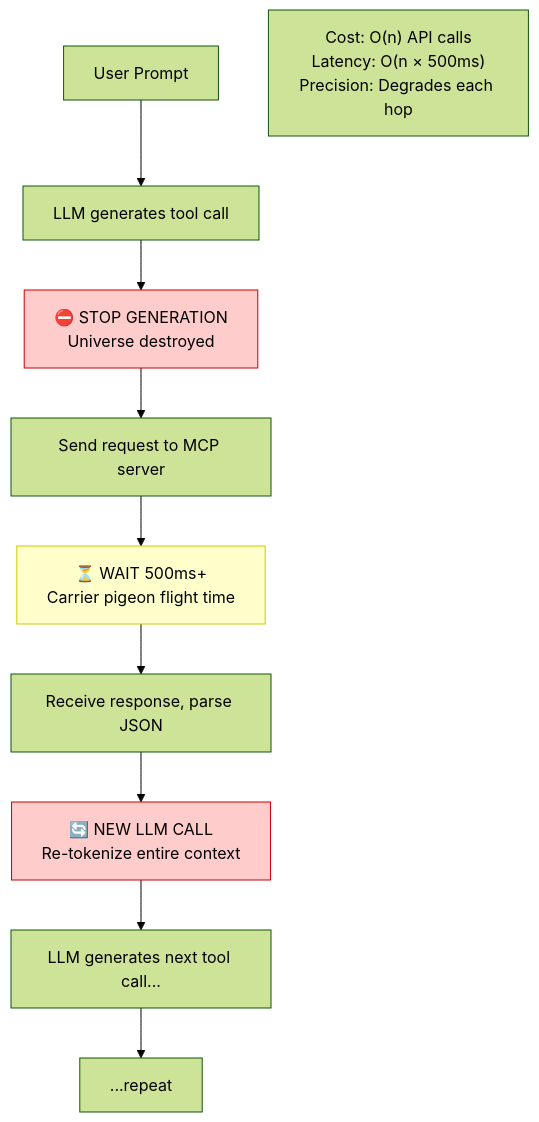
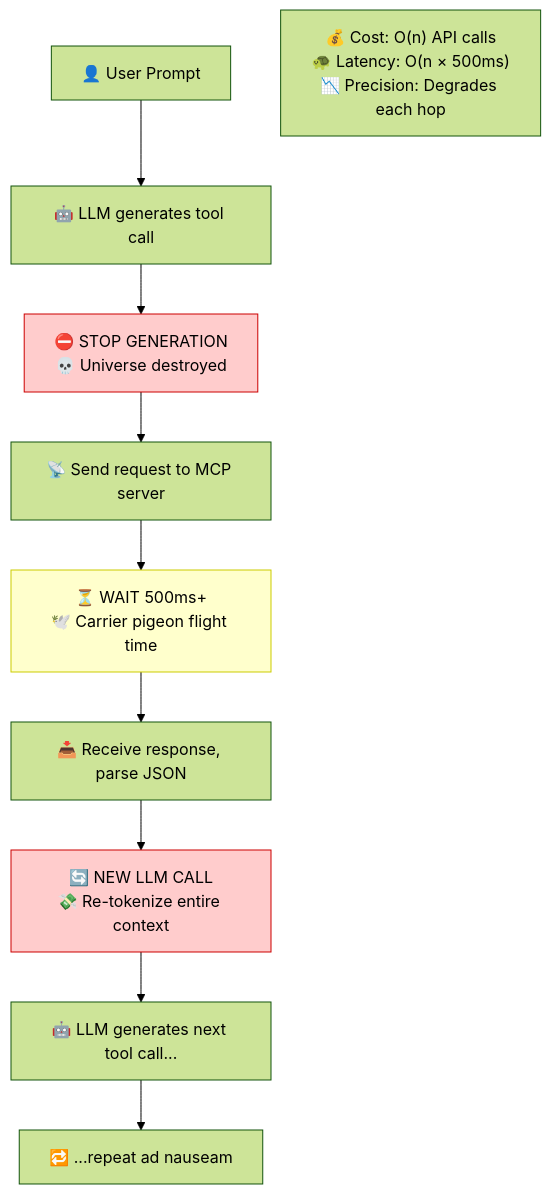
Before and after one commit to SimHacker/moollm: the third of 6 diagrams in designs/SPEED-OF-LIGHT-VS-CARRIER-PIGEON.md, drawn with Mermaid (forest theme). The commit also changed other lines of this file, not shown here.

First line of the commit message:
Add emojis to mermaid diagrams for visual spice

````diff
--- a/designs/SPEED-OF-LIGHT-VS-CARRIER-PIGEON.md
+++ b/designs/SPEED-OF-LIGHT-VS-CARRIER-PIGEON.md
@@ -124,17 +124,17 @@
 ```mermaid
 flowchart TD
-    UP[User Prompt] --> LLM1[LLM generates tool call]
-    LLM1 --> STOP["⛔ STOP GENERATION<br/>Universe destroyed"]
-    STOP --> MCP[Send request to MCP server]
-    MCP --> WAIT["⏳ WAIT 500ms+<br/>Carrier pigeon flight time"]
-    WAIT --> PARSE[Receive response, parse JSON]
-    PARSE --> NEW["🔄 NEW LLM CALL<br/>Re-tokenize entire context"]
-    NEW --> LLM2[LLM generates next tool call...]
-    LLM2 --> REPEAT[...repeat]
+    UP["👤 User Prompt"] --> LLM1["🤖 LLM generates tool call"]
+    LLM1 --> STOP["⛔ STOP GENERATION<br/>💀 Universe destroyed"]
+    STOP --> MCP["📡 Send request to MCP server"]
+    MCP --> WAIT["⏳ WAIT 500ms+<br/>🕊️ Carrier pigeon flight time"]
+    WAIT --> PARSE["📥 Receive response, parse JSON"]
+    PARSE --> NEW["🔄 NEW LLM CALL<br/>💸 Re-tokenize entire context"]
+    NEW --> LLM2["🤖 LLM generates next tool call..."]
+    LLM2 --> REPEAT["🔁 ...repeat ad nauseam"]
     
-    COST["Cost: O(n) API calls<br/>Latency: O(n × 500ms)<br/>Precision: Degrades each hop"]
+    COST["💰 Cost: O(n) API calls<br/>🐢 Latency: O(n × 500ms)<br/>📉 Precision: Degrades each hop"]
     
     style STOP fill:#fcc,stroke:#c00
     style WAIT fill:#ffc,stroke:#cc0
     style NEW fill:#fcc,stroke:#c00
 ```
````
